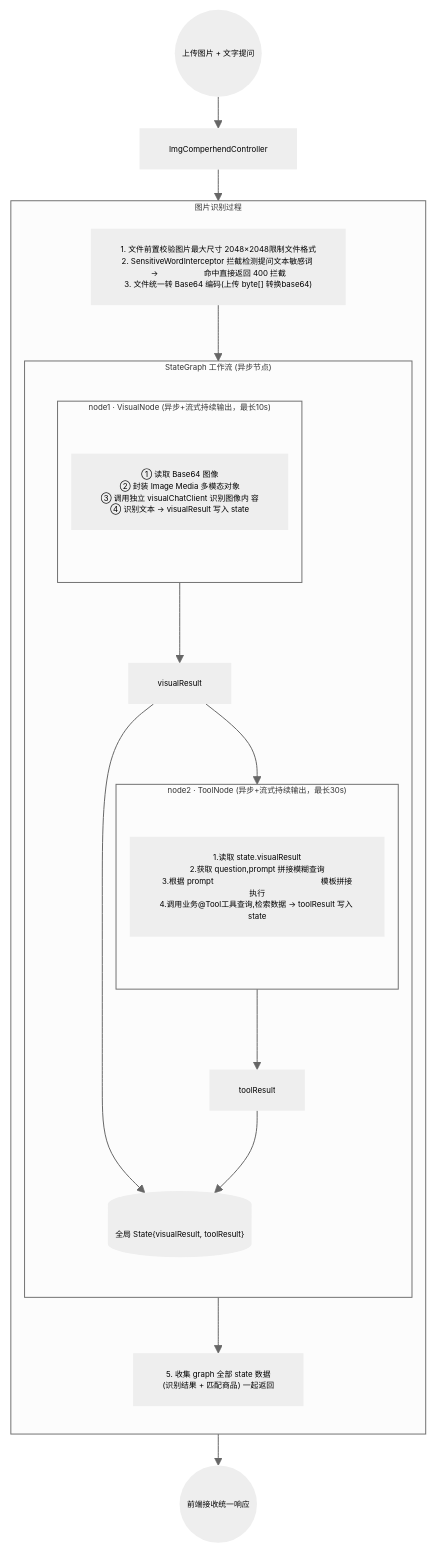
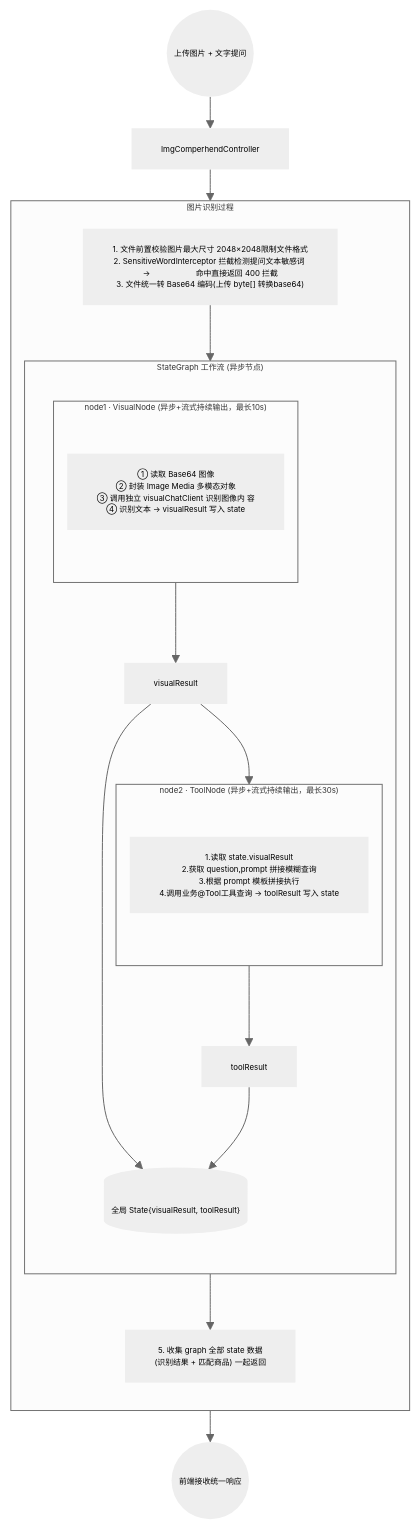
The seventh of 7 diagrams in README.md (1reaikeyi/flowerpay-ai), drawn with Mermaid before and after one commit. The commit also changed other lines of this file and 19 other files, not shown here.

````diff
--- a/README.md
+++ b/README.md
@@ -472,46 +466,46 @@
 ```mermaid
 %%{init: {'theme':'neutral','themeVariables':{'fontSize':'8px','nodeBorder':'2px'},'flowchart':{'nodeSpacing':8,'rankSpacing':32,'useMaxWidth':false,'curve':'basis'}}}%%
 flowchart TD
     Start(("上传图片 + 文字提问"))
     C["ImgComperhendController"]
 
     subgraph CHAIN ["图片识别过程"]
         direction TB
         S1["1. 文件前置校验图片最大尺寸 2048×2048限制文件格式<br/>2. SensitiveWordInterceptor 拦截检测提问文本敏感词 →			命中直接返回 400 拦截<br/>3. 文件统一转 Base64 编码(上传 byte[] 转换base64)"]
         
         subgraph GRAPH ["StateGraph 工作流 (异步节点)"]
             direction TB
   
             subgraph VGROUP ["node1 · VisualNode (异步+流式持续输出，最长10s)"]
                 direction TB
                 V1["① 读取 Base64 图像<br/>② 封装 Image Media 多模态对象<br/>③ 调用独立 visualChatClient 识别图像内						容<br/>④ 识别文本 → visualResult 写入 state"]
             end
             
             visualResult["visualResult"]
             
             subgraph TGROUP ["node2 · ToolNode (异步+流式持续输出，最长30s)"]
                 direction TB
-                INPUT1["1.读取 state.visualResult<br/>2.获取 question,prompt 拼接模糊查询<br/>3.根据 prompt 						模板拼接执行<br/>4.调用业务@Tool工具查询,检索数据 → toolResult 写入 state"]
+                INPUT1["1.读取 state.visualResult<br/>2.获取 question,prompt 拼接模糊查询<br/>3.根据 prompt 						模板拼接执行<br/>4.调用业务@Tool工具查询 → toolResult 写入 state"]
                 end
             
             toolResult["toolResult"]
             ST[("全局 State{visualResult, toolResult}")]
             
             %% 节点间数据流连接
             VGROUP --> visualResult
             visualResult --> TGROUP
             visualResult --> ST
             TGROUP --> toolResult
             toolResult --> ST
         end
 
         S5["5. 收集 graph 全部 state 数据<br/>(识别结果 + 匹配商品) 一起返回"]
     end
 
     End(("前端接收统一响应"))
 
     %% 主流程串联
     Start --> C --> S1
     S1 --> VGROUP
     ST --> S5 --> End
 ```
````
